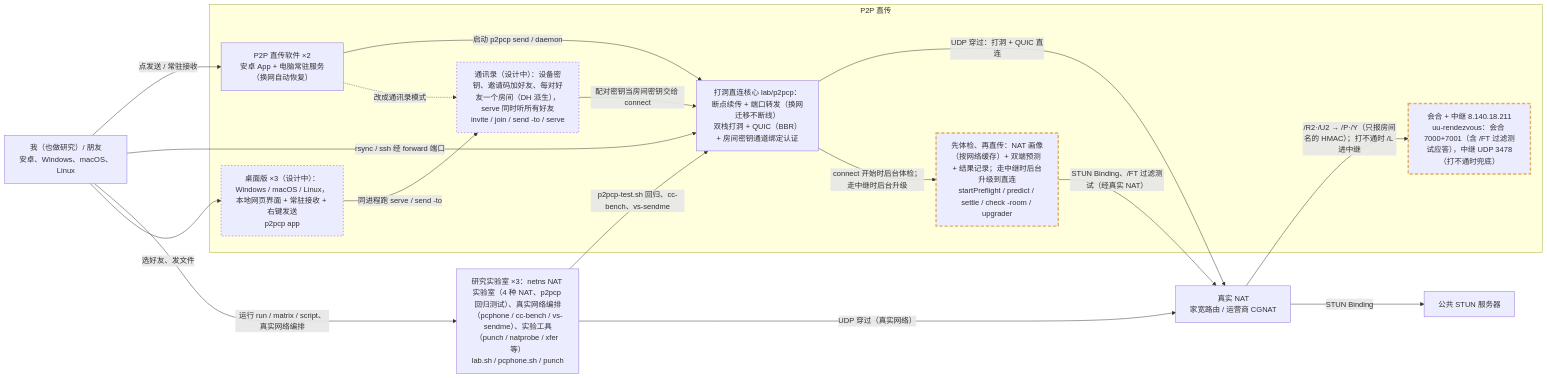
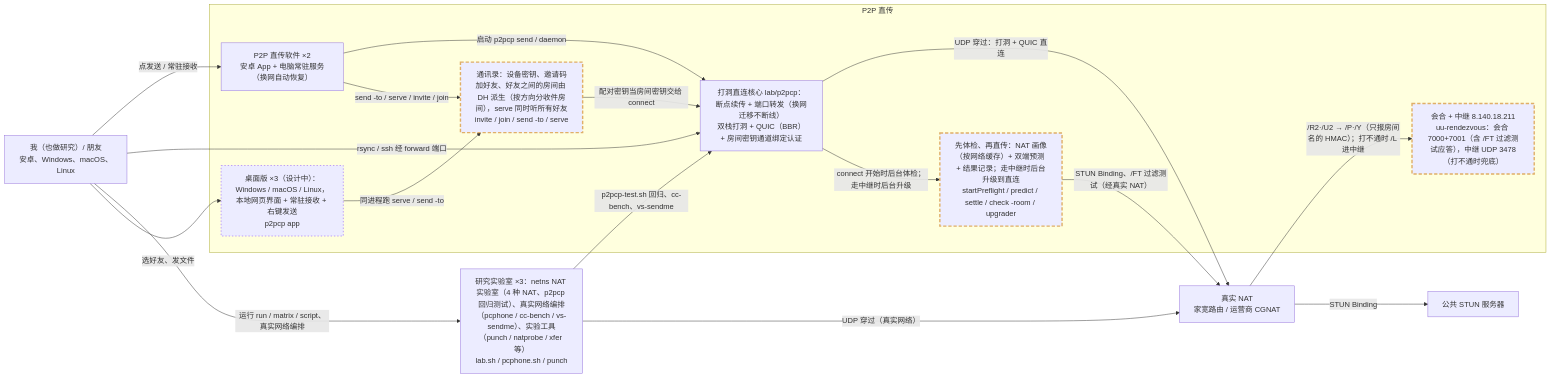
The diagram in docs/arch/00-overview.mmd (numb747/uu-remote-study), drawn with Mermaid before and after one commit. The commit also changed 3 other files, not shown here.

First line of the commit message:
架构设计：给朋友用的第 2 步落图，DESIGN 记下决策 19~21

```diff
--- a/docs/arch/00-overview.mmd
+++ b/docs/arch/00-overview.mmd
@@ -1,44 +1,45 @@
 flowchart LR
   researcher["我（也做研究）/ 朋友<br/>安卓、Windows、macOS、Linux"]
   subgraph product["P2P 直传"]
     apps["P2P 直传软件 ×2<br/>安卓 App + 电脑常驻服务（换网自动恢复）"]
     p2pcp["打洞直连核心 lab/p2pcp：断点续传 + 端口转发（换网迁移不断线）<br/>双栈打洞 + QUIC（BBR）+ 房间密钥通道绑定认证"]
     rdv["会合 + 中继 8.140.18.211<br/>uu-rendezvous：会合 7000+7001（含 /FT 过滤测试应答），中继 UDP 3478（打不通时兜底）"]:::changed
-    contacts["通讯录（设计中）：设备密钥、邀请码加好友、每对好友一个房间（DH 派生），serve 同时听所有好友<br/>invite / join / send -to / serve"]:::planned
+    contacts["通讯录：设备密钥、邀请码加好友、好友之间的房间由 DH 派生（按方向分收件房间），serve 同时听所有好友<br/>invite / join / send -to / serve"]:::changed
     desk["桌面版 ×3（设计中）：Windows / macOS / Linux，本地网页界面 + 常驻接收 + 右键发送<br/>p2pcp app"]:::planned
     preflight["先体检、再直传：NAT 画像（按网络缓存）+ 双端预测 + 结果记录；走中继时后台升级到直连<br/>startPreflight / predict / settle / check -room / upgrader"]:::changed
   end
   lab["研究实验室 ×3：netns NAT 实验室（4 种 NAT、p2pcp 回归测试）、真实网络编排（pcphone / cc-bench / vs-sendme）、实验工具（punch / natprobe / xfer 等）<br/>lab.sh / pcphone.sh / punch"]
   real_nat["真实 NAT<br/>家宽路由 / 运营商 CGNAT"]
   stun_pub[公共 STUN 服务器]
 
   researcher -->|"点发送 / 常驻接收"| apps
   apps -->|"启动 p2pcp send / daemon"| p2pcp
   researcher -->|"rsync / ssh 经 forward 端口"| p2pcp
   p2pcp -->|"UDP 穿过：打洞 + QUIC 直连"| real_nat
   real_nat -->|"/R2·/U2 → /P·/Y（只报房间名的 HMAC）；打不通时 /L 进中继"| rdv
   researcher -->|"运行 run / matrix / script、真实网络编排"| lab
   lab -->|"p2pcp-test.sh 回归、cc-bench、vs-sendme"| p2pcp
   lab -->|"UDP 穿过（真实网络）"| real_nat
   researcher -->|"选好友、发文件"| desk
   desk -->|"同进程跑 serve / send -to"| contacts
-  apps -.->|"改成通讯录模式"| contacts
+  apps -->|"send -to / serve / invite / join"| contacts
   contacts -->|"配对密钥当房间密钥交给 connect"| p2pcp
   p2pcp -->|"connect 开始时后台体检；走中继时后台升级"| preflight
   preflight -->|"STUN Binding、/FT 过滤测试（经真实 NAT）"| real_nat
   real_nat -->|"STUN Binding"| stun_pub
 
 %% @src apps apps/pc/p2p-direct case ${1:-} in
 %% @src p2pcp lab/p2pcp/main.go func main()
 %% @src rdv lab/punch/main.go func runServer
 %% @src lab lab/netns/lab.sh main() {
 %% @src preflight lab/p2pcp/preflight.go func startPreflight(
+%% @src contacts lab/p2pcp/pair.go func serve(o opts)
 %% @link apps 31-p2p-direct.mmd
 %% @link p2pcp 24-flow-p2pcp.mmd
 %% @link lab 10-modules.mmd
 %% @link contacts 27-flow-pairing.mmd
 %% @link desk 34-contacts.mmd
 %% @link preflight 26-flow-preflight.mmd
 %% @commit d578d66
 classDef changed stroke:#e0af68,stroke-width:3px,stroke-dasharray:7 4
 classDef planned stroke:#bb9af7,stroke-width:2px,stroke-dasharray:3 4
```
